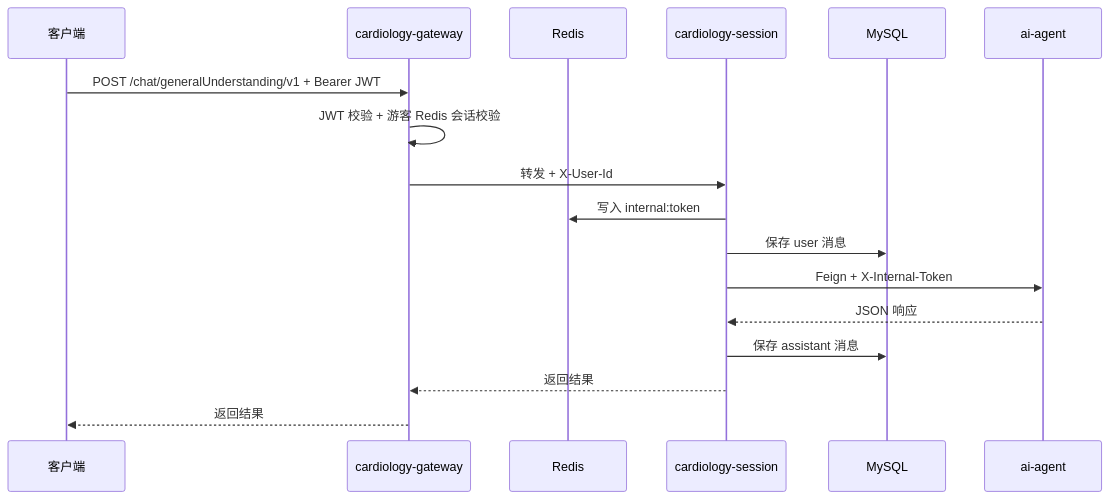
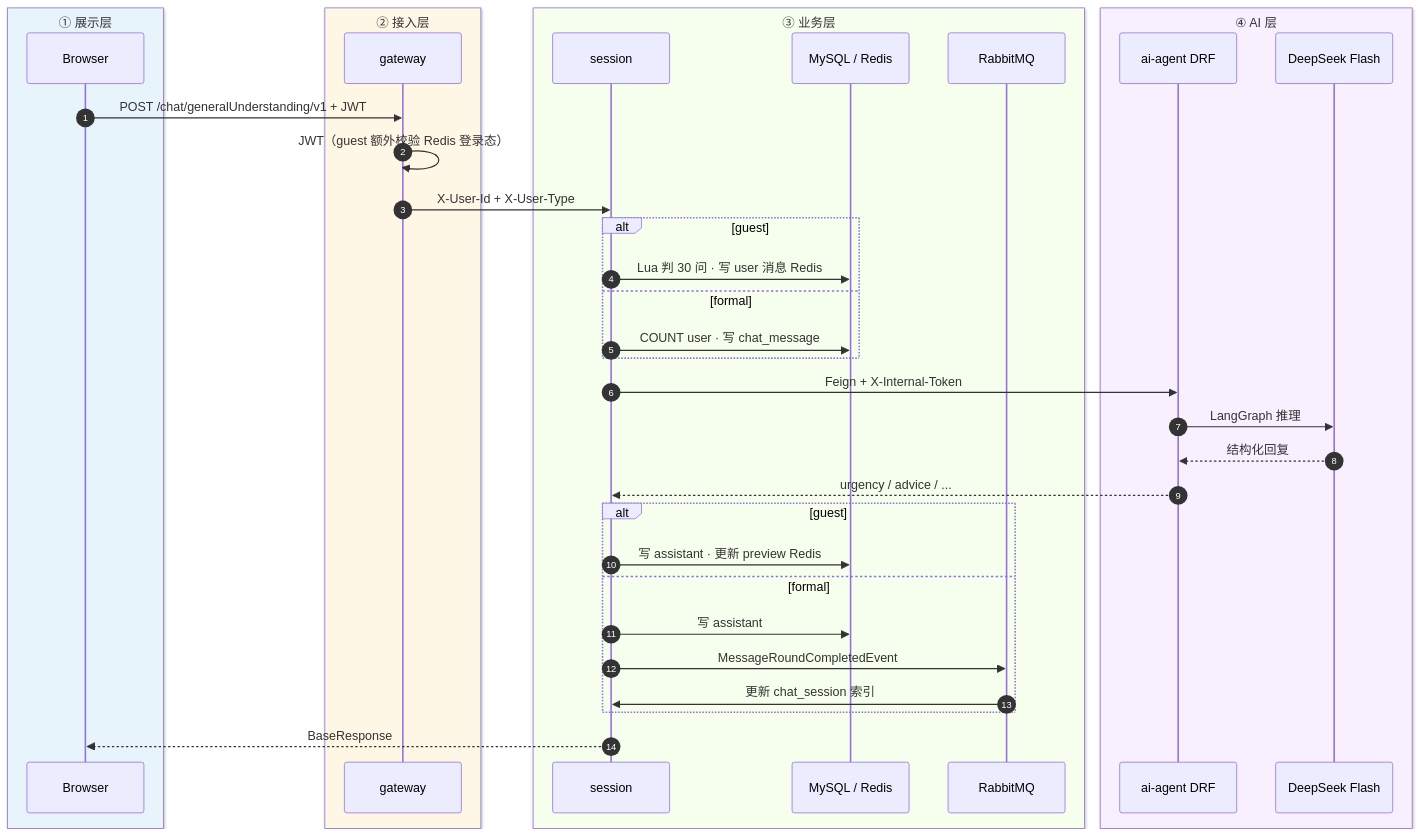
One commit to SherwinZeng/cardiologyintelligentagent changed the second of 2 diagrams in services/cardiology-cloud/README.md. Above: the diagram before and after it, drawn with Mermaid. The commit also changed other lines of this file and 116 other files, not shown here.

````diff
--- a/services/cardiology-cloud/README.md
+++ b/services/cardiology-cloud/README.md
@@ -91,20 +158,44 @@
 ```mermaid
 sequenceDiagram
-    participant C as 客户端
-    participant G as cardiology-gateway
-    participant R as Redis
-    participant S as cardiology-session
-    participant M as MySQL
-    participant A as ai-agent
+    autonumber
+    box rgba(232,244,252,1) ① 展示层
+        participant C as Browser
+    end
+    box rgba(255,247,230,1) ② 接入层
+        participant G as gateway
+    end
+    box rgba(246,255,237,1) ③ 业务层
+        participant S as session
+        participant DB as MySQL / Redis
+        participant Q as RabbitMQ
+    end
+    box rgba(249,240,255,1) ④ AI 层
+        participant A as ai-agent DRF
+        participant L as DeepSeek Flash
+    end
 
-    C->>G: POST /chat/generalUnderstanding/v1 + Bearer JWT
-    G->>G: JWT 校验 + 游客 Redis 会话校验
-    G->>S: 转发 + X-User-Id
-    S->>R: 写入 internal:token
-    S->>M: 保存 user 消息
+    C->>G: POST /chat/generalUnderstanding/v1 + JWT
+    G->>G: JWT（guest 额外校验 Redis 登录态）
+    G->>S: X-User-Id + X-User-Type
+
+    alt guest
+        S->>DB: Lua 判 30 问 · 写 user 消息 Redis
+    else formal
+        S->>DB: COUNT user · 写 chat_message
+    end
+
     S->>A: Feign + X-Internal-Token
-    A-->>S: JSON 响应
-    S->>M: 保存 assistant 消息
-    S-->>G: 返回结果
-    G-->>C: 返回结果
+    A->>L: LangGraph 推理
+    L-->>A: 结构化回复
+    A-->>S: urgency / advice / ...
+
+    alt guest
+        S->>DB: 写 assistant · 更新 preview Redis
+    else formal
+        S->>DB: 写 assistant
+        S->>Q: MessageRoundCompletedEvent
+        Q->>S: 更新 chat_session 索引
+    end
+
+    S-->>C: BaseResponse
 ```
````
